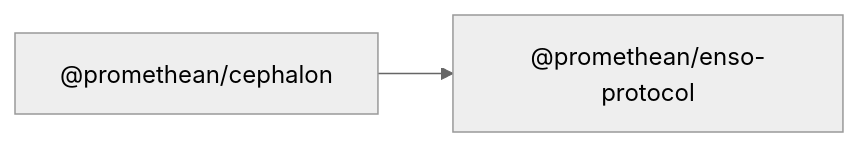
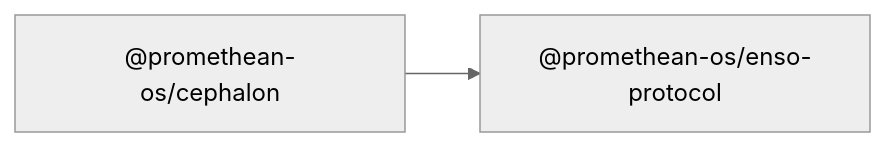
The diagram in docs/packages/enso-protocol/README.md (octave-commons/promethean), drawn with Mermaid (neutral theme) before and after one commit. The commit also changed other lines of this file and 1753 other files, not shown here.

````diff
--- a/docs/packages/enso-protocol/README.md
+++ b/docs/packages/enso-protocol/README.md
@@ -14,7 +14,7 @@
 ```mermaid
 graph LR
-  A["@promethean/enso-protocol"]
-  R1["@promethean/cephalon"]
-  R1["@promethean/cephalon"] --> A
-  click R1 "../cephalon/README.md" "@promethean/cephalon"
+  A["@promethean-os/enso-protocol"]
+  R1["@promethean-os/cephalon"]
+  R1["@promethean-os/cephalon"] --> A
+  click R1 "../cephalon/README.md" "@promethean-os/cephalon"
 ```
````
